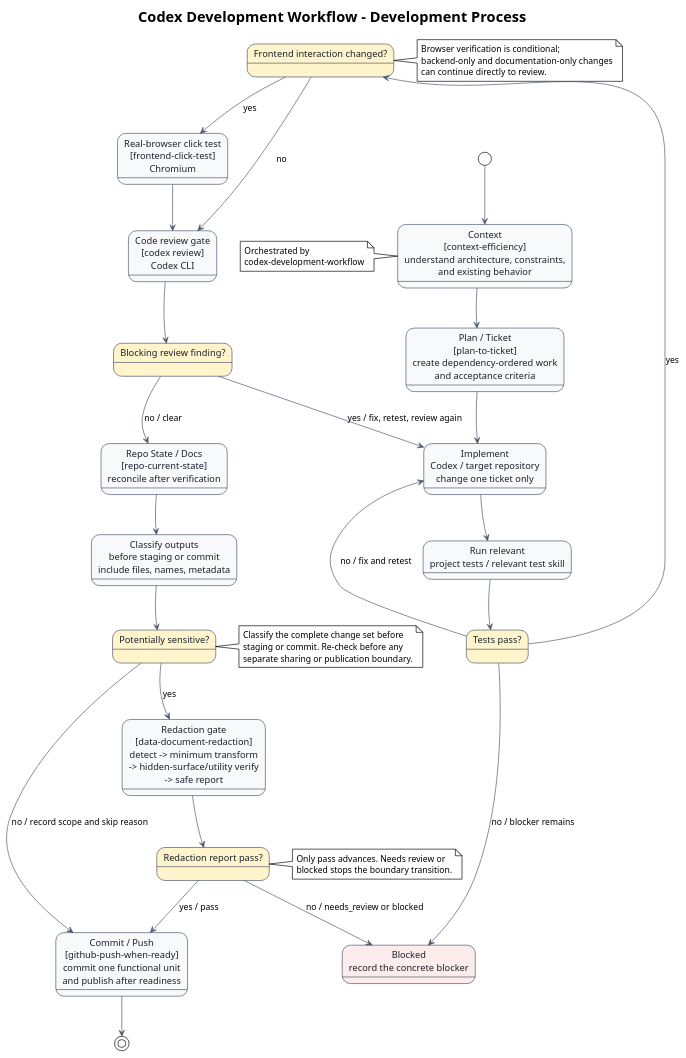
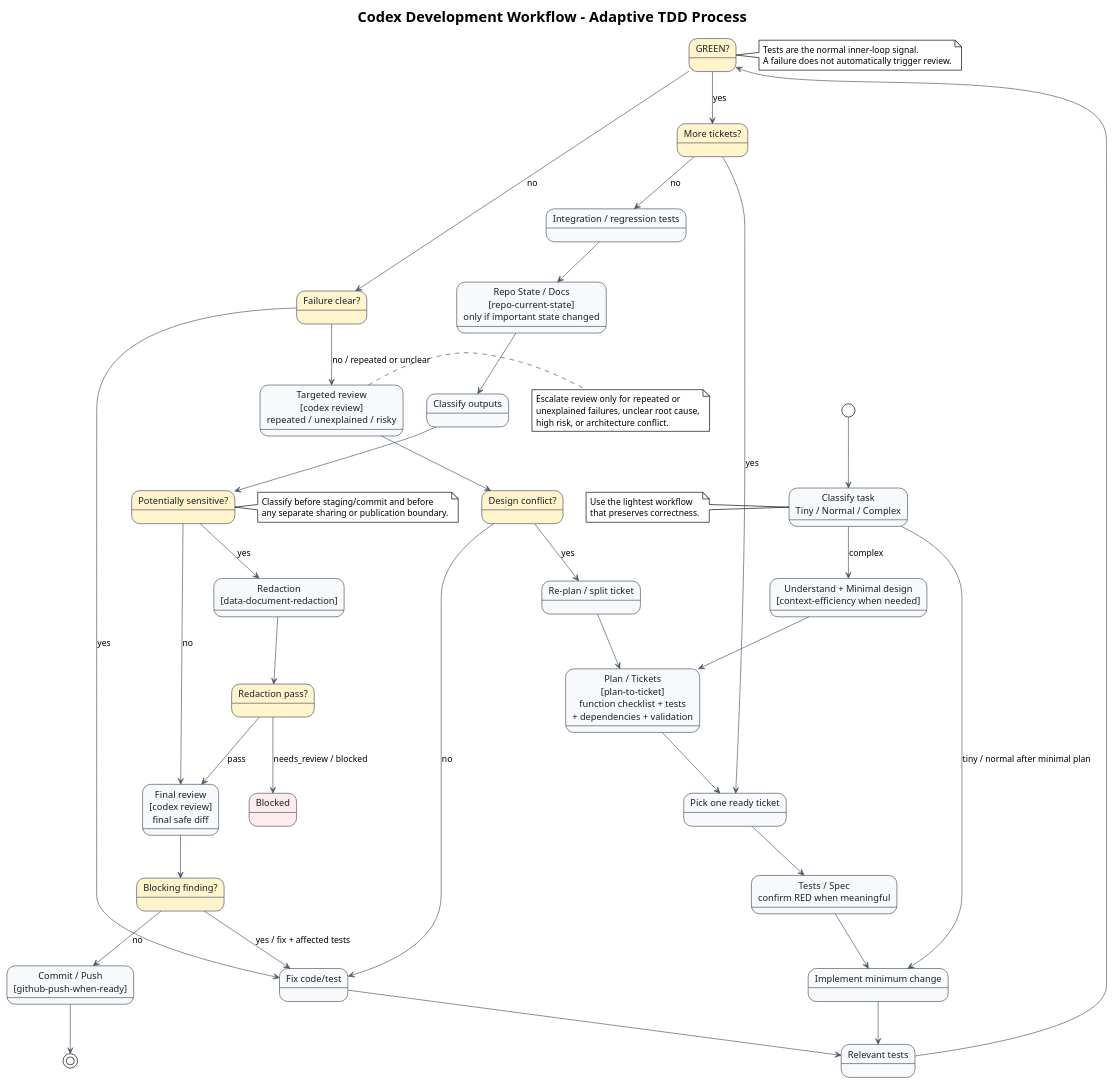
The diagram in docs/diagrams/architecture.puml (i-zrhe2016/codex-development-workflow), drawn with PlantUML before and after one commit.

Commit message:
docs(diagram): model adaptive TDD ticket loop

```diff
--- a/docs/diagrams/architecture.puml
+++ b/docs/diagrams/architecture.puml
@@ -1,91 +1,94 @@
 @startuml
 !theme plain
 top to bottom direction
 skinparam backgroundColor #FFFFFF
 skinparam defaultFontName Arial
 skinparam ArrowColor #4A5568
 skinparam state {
   BackgroundColor #F8F9FA
   BorderColor #4A5568
   FontColor #1A202C
 }
 
-title Codex Development Workflow - Development Process
+title Codex Development Workflow - Adaptive TDD Process
 
-state "Context\n[context-efficiency]\nunderstand architecture, constraints,\nand existing behavior" as context
-state "Plan / Ticket\n[plan-to-ticket]\ncreate dependency-ordered work\nand acceptance criteria" as plan
-state "Implement\nCodex / target repository\nchange one ticket only" as implement
-state "Run relevant\nproject tests / relevant test skill" as tests
-state "Tests pass?" as tests_gate #FFF4CC
-state "Frontend interaction changed?" as frontend_gate #FFF4CC
-state "Real-browser click test\n[frontend-click-test]\nChromium" as browser
-state "Code review gate\n[codex review]\nCodex CLI" as review
-state "Blocking review finding?" as review_gate #FFF4CC
-state "Repo State / Docs\n[repo-current-state]\nreconcile after verification" as repo_state
-state "Classify outputs\nbefore staging or commit\ninclude files, names, metadata" as classify
+state "Classify task\nTiny / Normal / Complex" as classify_task
+state "Understand + Minimal design\n[context-efficiency when needed]" as context
+state "Plan / Tickets\n[plan-to-ticket]\nfunction checklist + tests\n+ dependencies + validation" as plan
+state "Pick one ready ticket" as ticket
+state "Tests / Spec\nconfirm RED when meaningful" as red
+state "Implement minimum change" as implement
+state "Relevant tests" as tests
+state "GREEN?" as green_gate #FFF4CC
+state "Failure clear?" as failure_gate #FFF4CC
+state "Fix code/test" as fix
+state "Targeted review\n[codex review]\nrepeated / unexplained / risky" as targeted_review
+state "Design conflict?" as design_gate #FFF4CC
+state "Re-plan / split ticket" as replan
+state "More tickets?" as more_gate #FFF4CC
+state "Integration / regression tests" as integration
+state "Repo State / Docs\n[repo-current-state]\nonly if important state changed" as repo_state
+state "Classify outputs" as classify_outputs
 state "Potentially sensitive?" as sensitive_gate #FFF4CC
-state "Redaction gate\n[data-document-redaction]\ndetect -> minimum transform\n-> hidden-surface/utility verify\n-> safe report" as redaction
-state "Redaction report pass?" as redaction_gate #FFF4CC
-state "Commit / Push\n[github-push-when-ready]\ncommit one functional unit\nand publish after readiness" as publish
-state "Blocked\nrecord the concrete blocker" as blocked #FDECEC
+state "Redaction\n[data-document-redaction]" as redaction
+state "Redaction pass?" as redaction_gate #FFF4CC
+state "Final review\n[codex review]\nfinal safe diff" as final_review
+state "Blocking finding?" as final_gate #FFF4CC
+state "Commit / Push\n[github-push-when-ready]" as publish
+state "Blocked" as blocked #FDECEC
 
-[*] --> context
+[*] --> classify_task
+classify_task --> implement : tiny / normal after minimal plan
+classify_task --> context : complex
 context --> plan
-plan --> implement
+plan --> ticket
+ticket --> red
+red --> implement
 implement --> tests
-tests --> tests_gate
-tests_gate --> frontend_gate : yes
-tests_gate --> implement : no / fix and retest
-tests_gate --> blocked : no / blocker remains
-frontend_gate --> browser : yes
-frontend_gate --> review : no
-browser --> review
-review --> review_gate
-review_gate --> repo_state : no / clear
-review_gate --> implement : yes / fix, retest, review again
-repo_state --> classify
-classify --> sensitive_gate
+tests --> green_gate
+green_gate --> more_gate : yes
+green_gate --> failure_gate : no
+failure_gate --> fix : yes
+fix --> tests
+failure_gate --> targeted_review : no / repeated or unclear
+targeted_review --> design_gate
+design_gate --> replan : yes
+design_gate --> fix : no
+replan --> plan
+more_gate --> ticket : yes
+more_gate --> integration : no
+integration --> repo_state
+repo_state --> classify_outputs
+classify_outputs --> sensitive_gate
 sensitive_gate --> redaction : yes
-sensitive_gate --> publish : no / record scope and skip reason
+sensitive_gate --> final_review : no
 redaction --> redaction_gate
-redaction_gate --> publish : yes / pass
-redaction_gate --> blocked : no / needs_review or blocked
+redaction_gate --> final_review : pass
+redaction_gate --> blocked : needs_review / blocked
+final_review --> final_gate
+final_gate --> publish : no
+final_gate --> fix : yes / fix + affected tests
 publish --> [*]
 
-context -[hidden]down-> plan
-plan -[hidden]down-> implement
-implement -[hidden]down-> tests
-tests -[hidden]down-> tests_gate
-tests_gate -[hidden]down-> frontend_gate
-frontend_gate -[hidden]down-> review
-review -[hidden]down-> review_gate
-review_gate -[hidden]down-> repo_state
-repo_state -[hidden]down-> classify
-classify -[hidden]down-> sensitive_gate
-sensitive_gate -[hidden]down-> redaction
-redaction -[hidden]down-> redaction_gate
-redaction -[hidden]down-> publish
+note right of green_gate
+Tests are the normal inner-loop signal.
+A failure does not automatically trigger review.
+end note
 
-note right of frontend_gate
-Browser verification is conditional;
-backend-only and documentation-only changes
-can continue directly to review.
+note right of targeted_review
+Escalate review only for repeated or
+unexplained failures, unclear root cause,
+high risk, or architecture conflict.
 end note
 
 note right of sensitive_gate
-Classify the complete change set before
-staging or commit. Re-check before any
-separate sharing or publication boundary.
+Classify before staging/commit and before
+any separate sharing or publication boundary.
 end note
 
-note right of redaction_gate
-Only pass advances. Needs review or
-blocked stops the boundary transition.
-end note
-
-note left of context
-Orchestrated by
-codex-development-workflow
+note left of classify_task
+Use the lightest workflow
+that preserves correctness.
 end note
 
 @enduml
```
